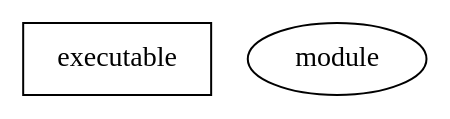
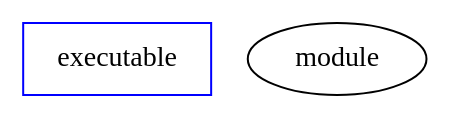
One commit to miguel-guerrero/slingshot changed the diagram in doc/legend.dot. Above: the diagram before and after it, drawn with Graphviz. The commit also changed 1 other file, not shown here.

```diff
--- a/doc/legend.dot
+++ b/doc/legend.dot
@@ -1,4 +1,4 @@
 digraph legend {
-  executable [shape=rectangle];
+  executable [shape=rectangle, color=blue];
   module;
 }
```
